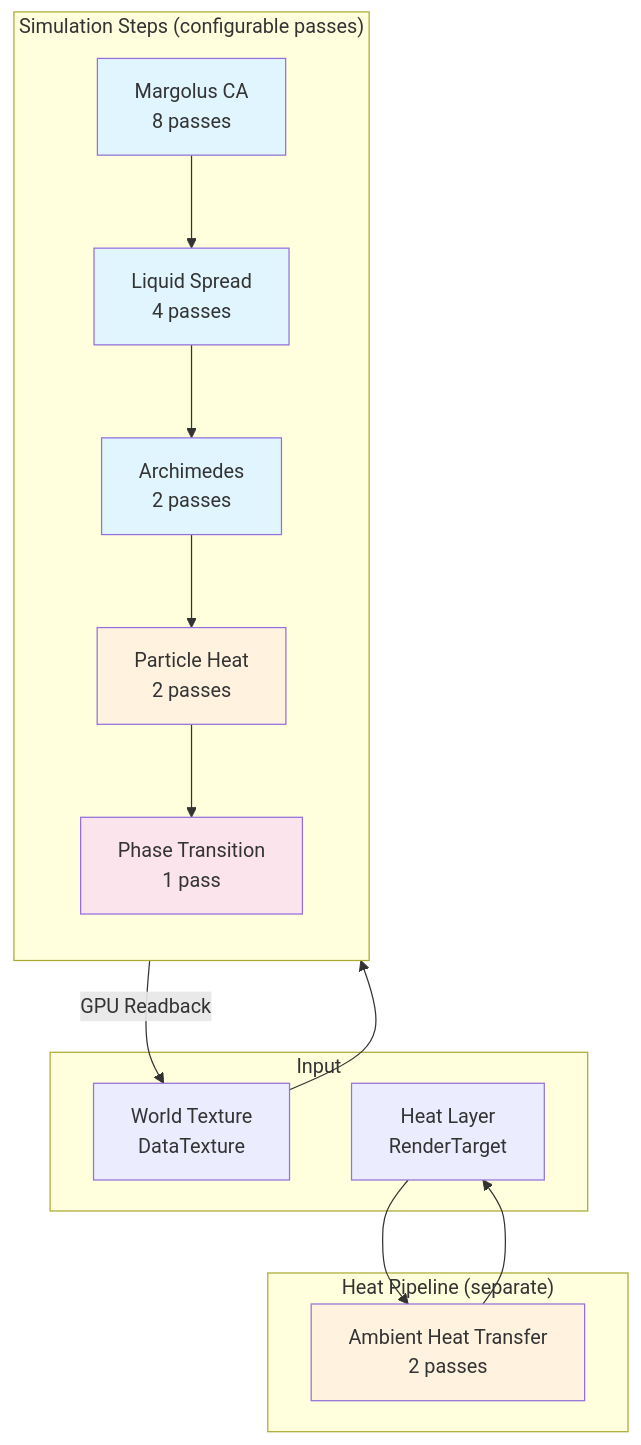
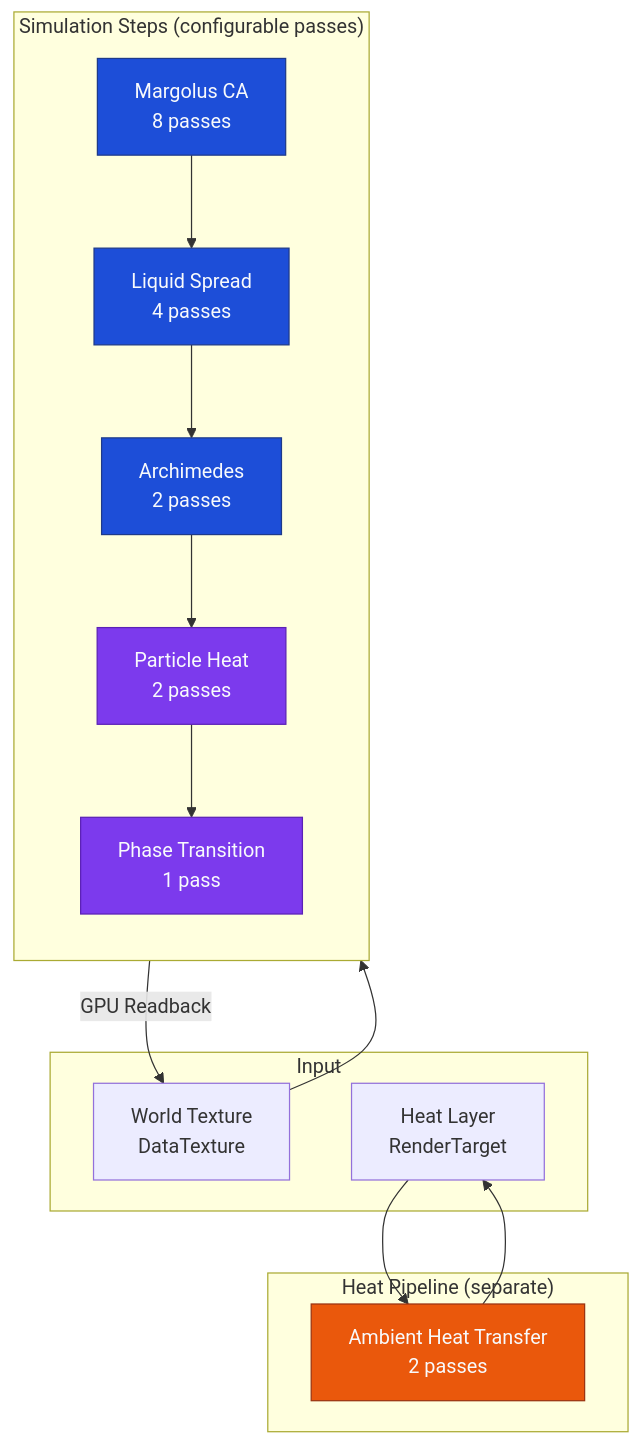
One commit to gurbano/sandymarton changed the first of 3 diagrams in CLAUDE.md. Above: the diagram before and after it, drawn with Mermaid. The commit also changed other lines of this file, not shown here.

````diff
--- a/CLAUDE.md
+++ b/CLAUDE.md
@@ -111,31 +116,31 @@
 ```mermaid
 flowchart TB
     subgraph Input
         WT[World Texture<br/>DataTexture]
         HT[Heat Layer<br/>RenderTarget]
     end
 
     subgraph SimulationSteps["Simulation Steps (configurable passes)"]
         direction TB
         M[Margolus CA<br/>8 passes] --> LS[Liquid Spread<br/>4 passes]
         LS --> AR[Archimedes<br/>2 passes]
         AR --> POH[Particle Heat<br/>2 passes]
         POH --> PT[Phase Transition<br/>1 pass]
     end
 
     subgraph HeatPipeline["Heat Pipeline (separate)"]
         AHT[Ambient Heat Transfer<br/>2 passes]
     end
 
     WT --> M
     HT --> AHT
     PT --> |GPU Readback| WT
     AHT --> HT
 
-    style M fill:#e1f5fe
-    style LS fill:#e1f5fe
-    style AR fill:#e1f5fe
-    style POH fill:#fff3e0
-    style PT fill:#fce4ec
-    style AHT fill:#fff3e0
+  style M fill:#1d4ed8,stroke:#1e3a8a,color:#f8fafc
+  style LS fill:#1d4ed8,stroke:#1e3a8a,color:#f8fafc
+  style AR fill:#1d4ed8,stroke:#1e3a8a,color:#f8fafc
+  style POH fill:#7c3aed,stroke:#5b21b6,color:#f8fafc
+  style PT fill:#7c3aed,stroke:#5b21b6,color:#f8fafc
+  style AHT fill:#ea580c,stroke:#9a3412,color:#f8fafc
 ```
````
